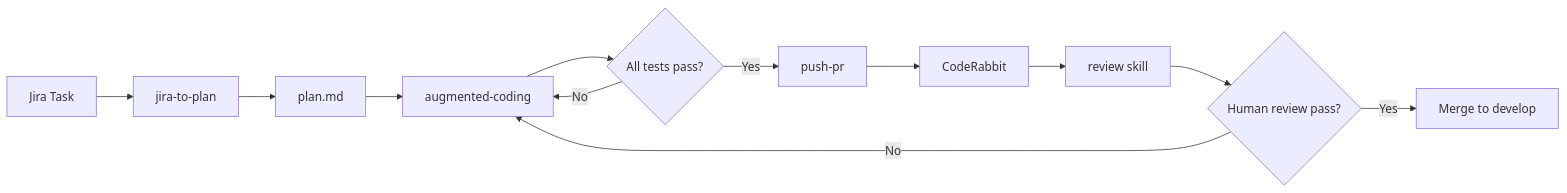
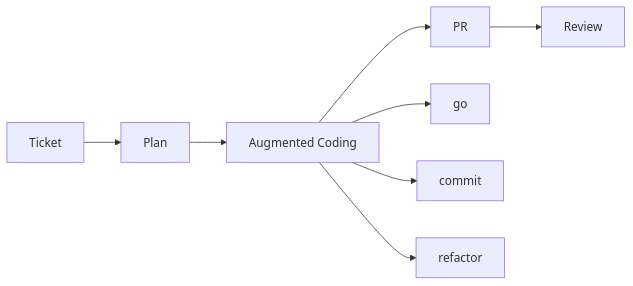
One commit to currenjin/currenjin.github.io changed the diagram in _wiki/augmented-coding.md. Above: the diagram before and after it, drawn with Mermaid. The commit also changed other lines of this file, not shown here.

Commit message:
Docs: Simplify augmented coding diagram per requested flow

````diff
--- a/_wiki/augmented-coding.md
+++ b/_wiki/augmented-coding.md
@@ -59,14 +59,11 @@
 ```mermaid
 flowchart LR
-  T["Jira Task"] --> P["jira-to-plan"]
-  P --> M["plan.md"]
-  M --> C["augmented-coding"]
-  C --> X{"All tests pass?"}
-  X -- "No" --> C
-  X -- "Yes" --> PR["push-pr"]
-  PR --> CR["CodeRabbit"]
-  CR --> RV["review skill"]
-  RV --> HD{"Human review pass?"}
-  HD -- "No" --> C
-  HD -- "Yes" --> MG["Merge to develop"]
+  T["Ticket"] --> P["Plan"]
+  P --> A["Augmented Coding"]
+  A --> PR["PR"]
+  PR --> R["Review"]
+
+  A --> GO["go"]
+  A --> COMMIT["commit"]
+  A --> REFACTOR["refactor"]
 ```
````
